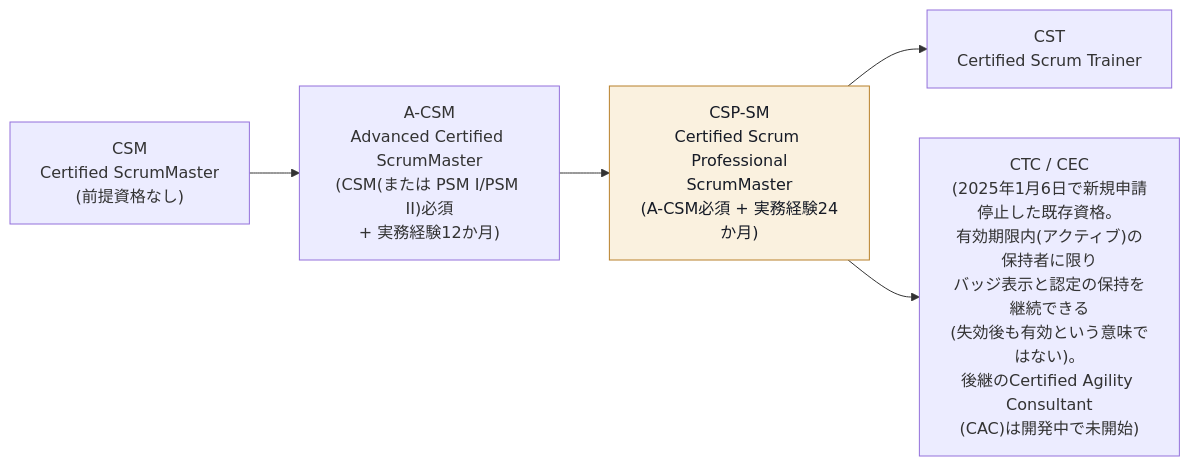
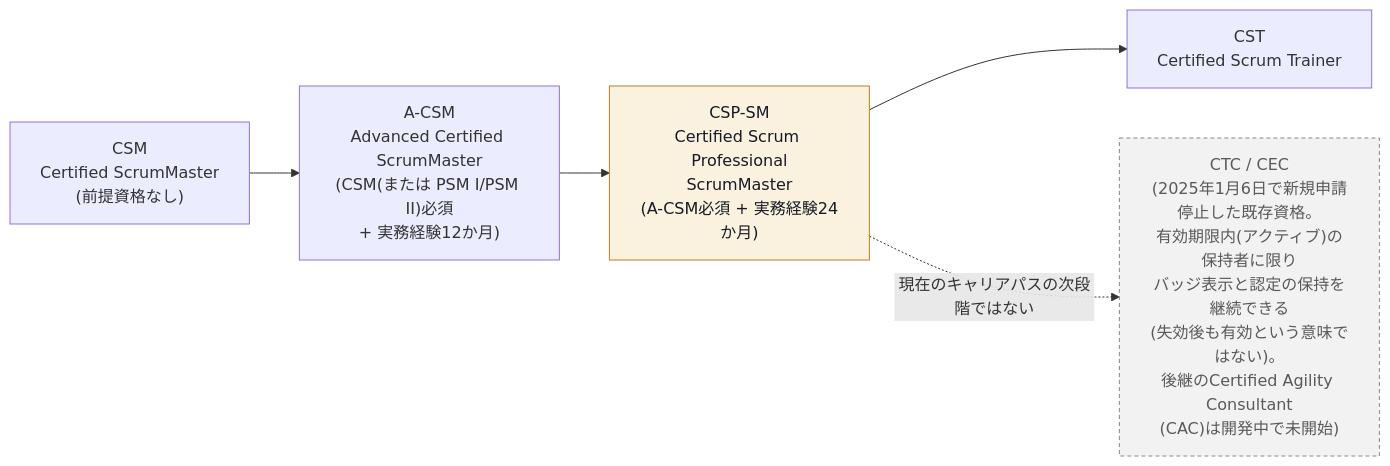
The first of 15 diagrams in Csp-sm-certified-scrum-professional-scrummaster-study-guide.md (myoshi2891/Management-Team-Building-Studies), drawn with Mermaid before and after one commit. The commit also changed other lines of this file, not shown here.

Commit message:
docs(csp-sm): clarify renewal requirements and alternative course completion path

````diff
--- a/Csp-sm-certified-scrum-professional-scrummaster-study-guide.md
+++ b/Csp-sm-certified-scrum-professional-scrummaster-study-guide.md
@@ -57,10 +57,12 @@
 ```mermaid
 flowchart LR
     A["CSM<br/>Certified ScrumMaster<br/>(前提資格なし)"] --> B["A-CSM<br/>Advanced Certified ScrumMaster<br/>(CSM(または PSM I/PSM II)必須<br/>+ 実務経験12か月)"]
     B --> C["CSP-SM<br/>Certified Scrum Professional<br/>ScrumMaster<br/>(A-CSM必須 + 実務経験24か月)"]
     C --> D["CST<br/>Certified Scrum Trainer"]
-    C --> E["CTC / CEC<br/>(2025年1月6日で新規申請停止した既存資格。<br/>有効期限内(アクティブ)の保持者に限り<br/>バッジ表示と認定の保持を継続できる<br/>(失効後も有効という意味ではない)。<br/>後継のCertified Agility Consultant<br/>(CAC)は開発中で未開始)"]
+    C -.->|"現在のキャリアパスの次段階ではない"| E["CTC / CEC<br/>(2025年1月6日で新規申請停止した既存資格。<br/>有効期限内(アクティブ)の保持者に限り<br/>バッジ表示と認定の保持を継続できる<br/>(失効後も有効という意味ではない)。<br/>後継のCertified Agility Consultant<br/>(CAC)は開発中で未開始)"]
 
     classDef current fill:#FAF1DF,stroke:#B8802A,color:#161B26
+    classDef retired fill:#F2F2F2,stroke:#8A8A8A,color:#5A5A5A,stroke-dasharray: 4 3
     class C current
+    class E retired
 ```
````
